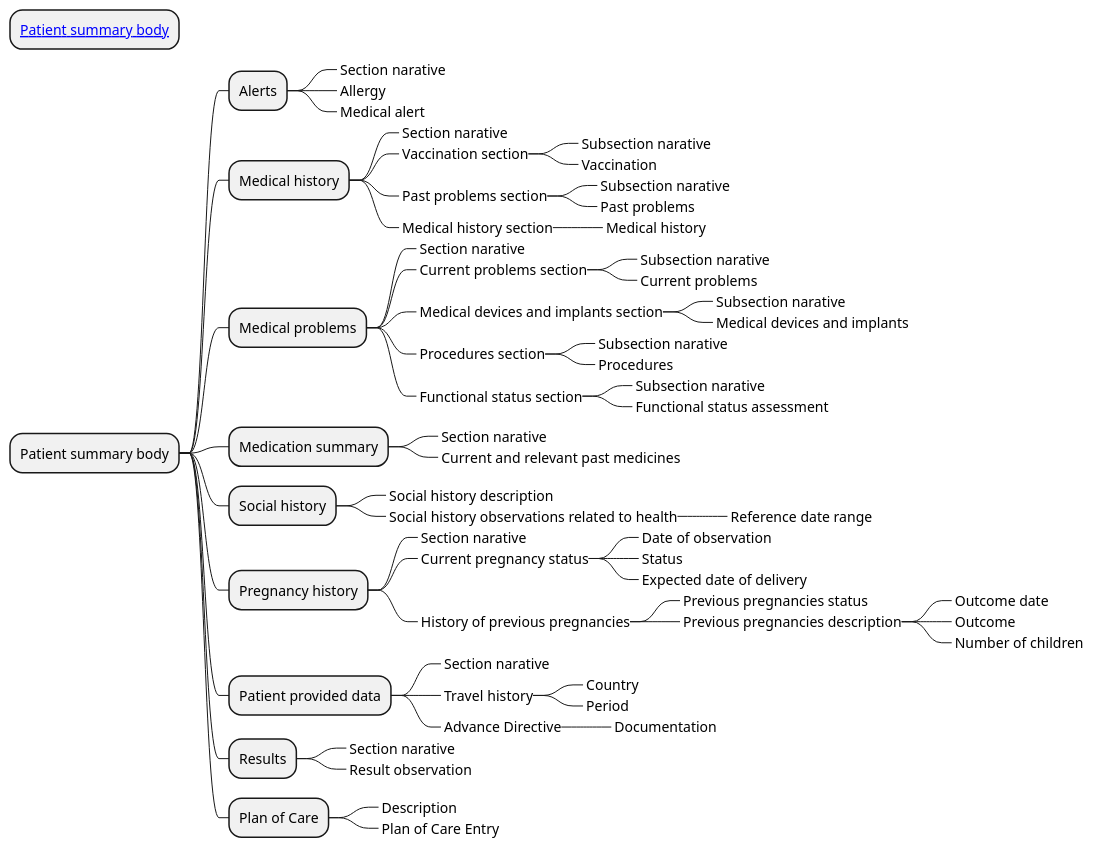
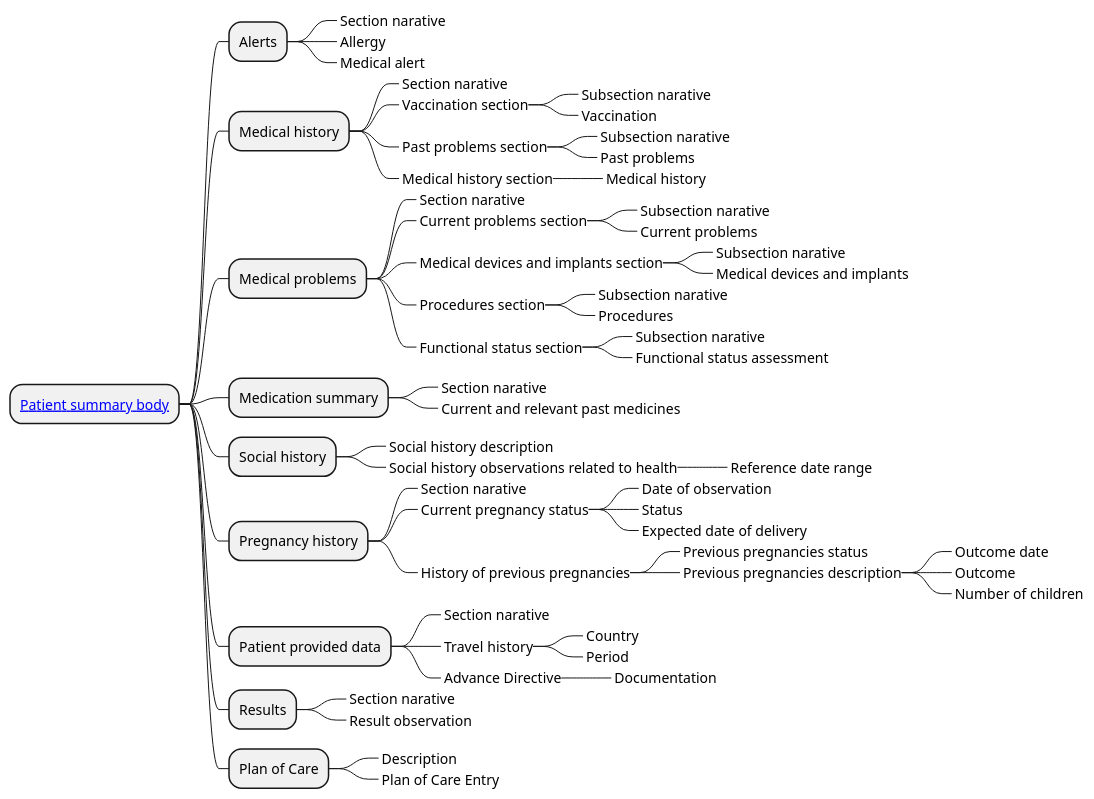
One commit to Xt-EHR/xt-ehr-common changed the diagram in input/images-source/PsReportBody_CIM.plantuml. Above: the diagram before and after it, drawn with PlantUML.

```diff
--- a/input/images-source/PsReportBody_CIM.plantuml
+++ b/input/images-source/PsReportBody_CIM.plantuml
@@ -1,65 +1,64 @@
 @startmindmap
 skinparam topurl StructureDefinition-
 * [[EHDSPatientSummaryBody.html Patient summary body]]
-* Patient summary body
 ** Alerts
 ***_ Section narative
 ***_ Allergy
 ***_ Medical alert
 ** Medical history
 ***_ Section narative
 ***_ Vaccination section
 ****_ Subsection narative
 ****_ Vaccination
 ***_ Past problems section
 ****_ Subsection narative
 ****_ Past problems
 ***_ Medical history section
 ****_ Medical history
 ** Medical problems
 ***_ Section narative
 ***_ Current problems section
 ****_ Subsection narative
 ****_ Current problems
 ***_ Medical devices and implants section
 ****_ Subsection narative
 ****_ Medical devices and implants
 ***_ Procedures section
 ****_ Subsection narative
 ****_ Procedures
 ***_ Functional status section
 ****_ Subsection narative
 ****_ Functional status assessment
 ** Medication summary
 ***_ Section narative
 ***_ Current and relevant past medicines
 ** Social history
 ***_ Social history description
 ***_ Social history observations related to health
 ****_ Reference date range
 ** Pregnancy history
 ***_ Section narative
 ***_ Current pregnancy status
 ****_ Date of observation
 ****_ Status
 ****_ Expected date of delivery
 ***_ History of previous pregnancies
 ****_ Previous pregnancies status
 ****_ Previous pregnancies description
 *****_ Outcome date
 *****_ Outcome
 *****_ Number of children
 ** Patient provided data
 ***_ Section narative
 ***_ Travel history
 ****_ Country
 ****_ Period
 ***_ Advance Directive
 ****_ Documentation
 ** Results
 ***_ Section narative
 ***_ Result observation
 ** Plan of Care
 ***_ Description
 ***_ Plan of Care Entry
 @endmindmap
```
